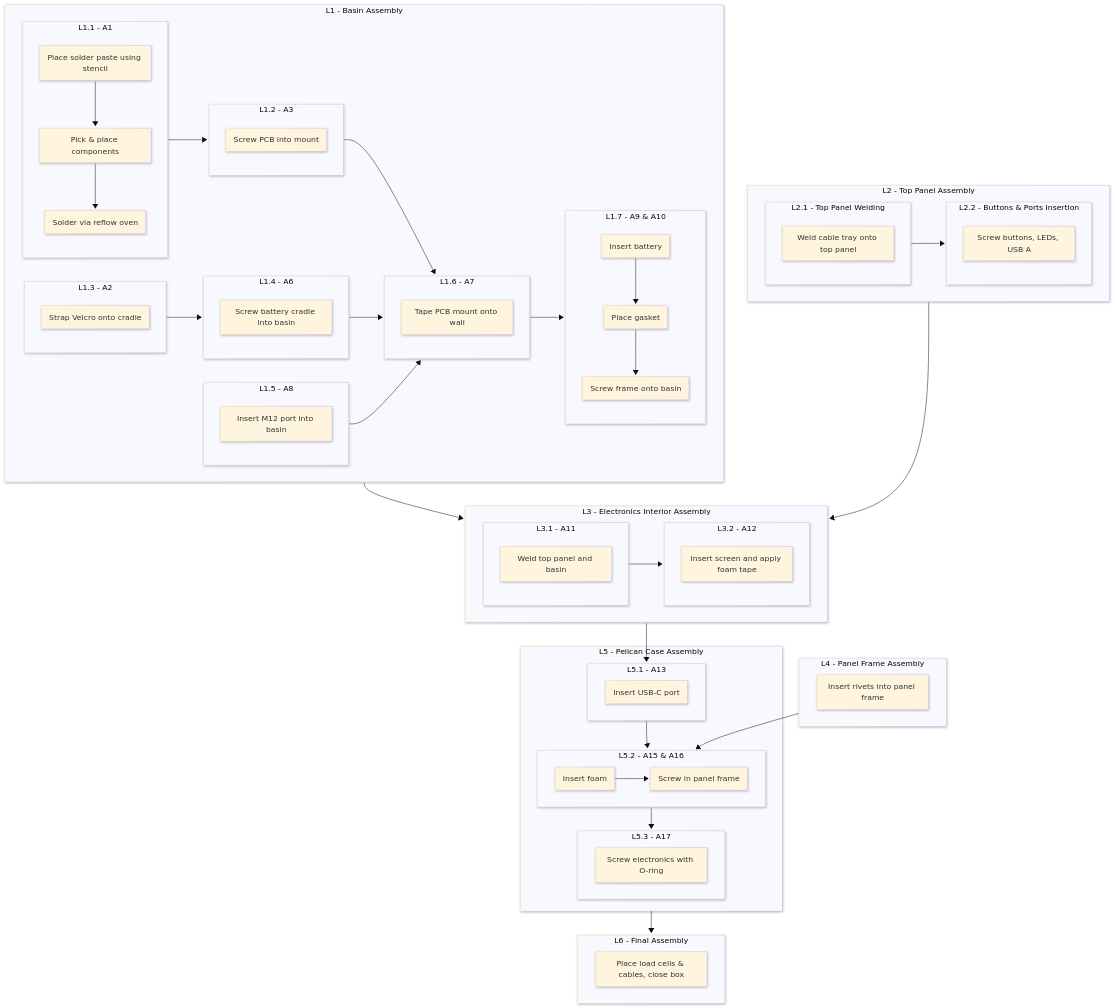
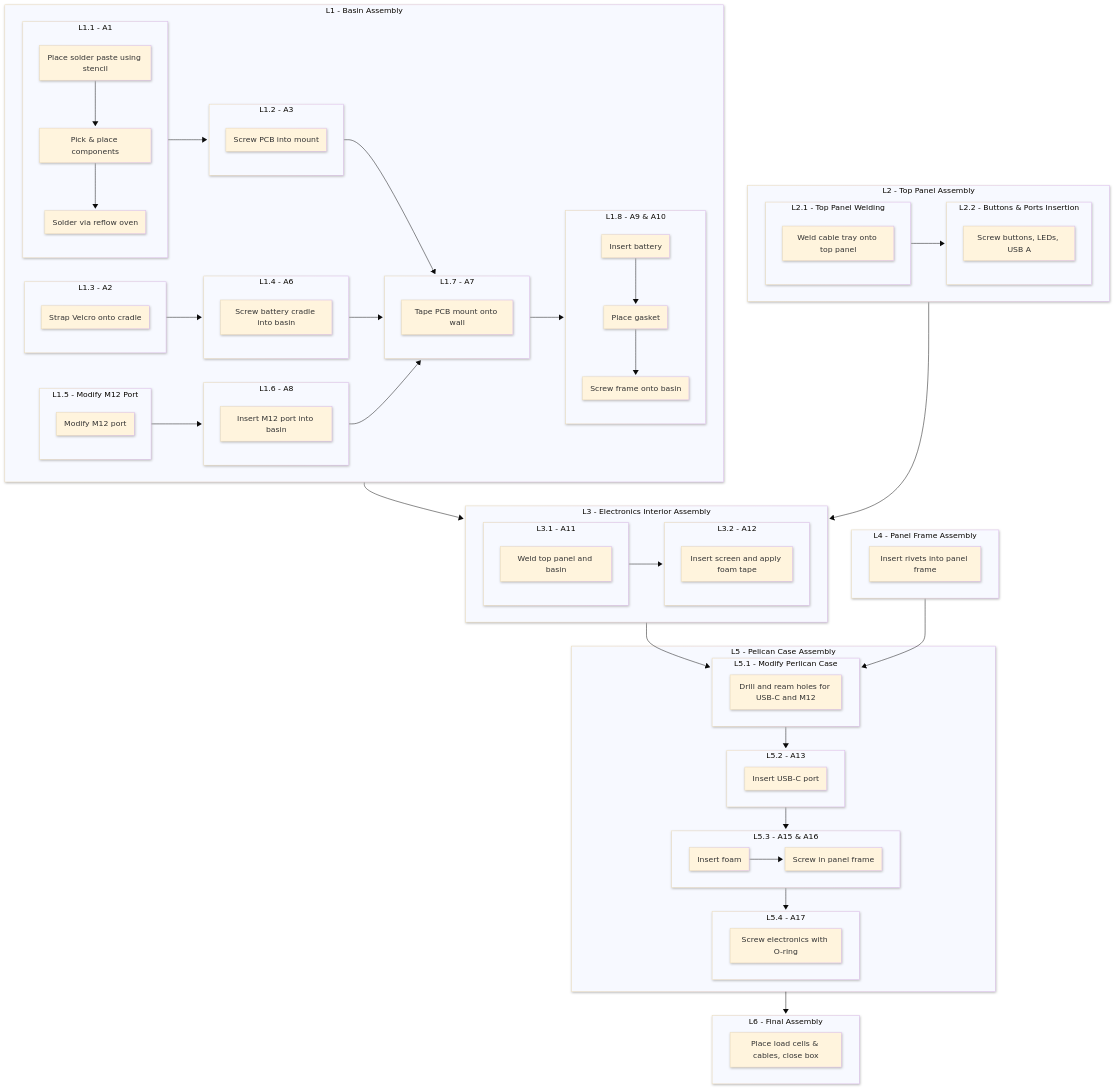
The diagram in 3.4 Production Planning/AssemblyFlow.mmd (jcchincheong-bb/Verificationator_GP-WS25-26), drawn with Mermaid before and after one commit. The commit also changed 2 other files, not shown here.

Commit message:
Flow chart updated

```diff
--- a/3.4 Production Planning/AssemblyFlow.mmd
+++ b/3.4 Production Planning/AssemblyFlow.mmd
@@ -1,102 +1,115 @@
 ---
 config:
   layout: fixed
   theme: base
   look: neo
 ---
 flowchart TB
  subgraph L11["L1.1 - A1"]
         L11_1["Place solder paste using stencil"]
         L11_2["Pick & place components"]
         L11_3["Solder via reflow oven"]
   end
  subgraph L12["L1.2 - A3"]
         L12_1["Screw PCB into mount"]
   end
  subgraph L13["L1.3 - A2"]
         L13_1["Strap Velcro onto cradle"]
   end
  subgraph L14["L1.4 - A6"]
         L14_1["Screw battery cradle into basin"]
   end
- subgraph L15["L1.5 - A8"]
-        L15_1["Insert M12 port into basin"]
+ subgraph L15["L1.5 - Modify M12 Port"]
+        L15_1["Modify M12 port"]
   end
- subgraph L16["L1.6 - A7"]
-        L16_1["Tape PCB mount onto wall"]
+ subgraph L16["L1.6 - A8"]
+        L16_2["Insert M12 port into basin"]
   end
- subgraph L17["L1.7 - A9 & A10"]
-        L17_1["Insert battery"]
-        L17_2["Place gasket"]
-        L17_3["Screw frame onto basin"]
+ subgraph L17["L1.7 - A7"]
+        L17_1["Tape PCB mount onto wall"]
+  end
+ subgraph L18["L1.8 - A9 & A10"]
+        L18_1["Insert battery"]
+        L18_2["Place gasket"]
+        L18_3["Screw frame onto basin"]
   end
  subgraph L1["L1 - Basin Assembly"]
         L11
         L12
         L13
         L14
         L15
         L16
         L17
+        L18
   end
  subgraph L21["L2.1 - Top Panel Welding"]
         L21_1["Weld cable tray onto top panel"]
   end
  subgraph L22["L2.2 - Buttons & Ports Insertion"]
         L22_1["Screw buttons, LEDs, USB A"]
   end
  subgraph L2["L2 - Top Panel Assembly"]
         L21
         L22
   end
  subgraph L31["L3.1 - A11"]
         L31_1["Weld top panel and basin"]
   end
  subgraph L32["L3.2 - A12"]
         L32_1["Insert screen and apply foam tape"]
   end
  subgraph L3["L3 - Electronics Interior Assembly"]
         L31
         L32
   end
  subgraph L4["L4 - Panel Frame Assembly"]
         L4_1["Insert rivets into panel frame"]
   end
- subgraph L51["L5.1 - A13"]
-        L51_1["Insert USB-C port"]
+ subgraph L51["L5.1 - Modify Perlican Case"]
+        L51_1["Drill and ream holes for USB-C and M12"]
   end
- subgraph L52["L5.2 - A15 & A16"]
-        L52_1["Insert foam"]
-        L52_2["Screw in panel frame"]
+ subgraph L52["L5.2 - A13"]
+        L52_1["Insert USB-C port"]
   end
- subgraph L53["L5.3 - A17"]
-        L53_1["Screw electronics with O-ring"]
+ subgraph L53["L5.3 - A15 & A16"]
+        L53_1["Insert foam"]
+        L53_2["Screw in panel frame"]
+  end
+ subgraph L54["L5.4 - A17"]
+        L54_1["Screw electronics with O-ring"]
   end
  subgraph L5["L5 - Pelican Case Assembly"]
         L51
         L52
         L53
+        L54
   end
  subgraph L6["L6 - Final Assembly"]
         L6_1["Place load cells & cables, close box"]
   end
     L11_1 --> L11_2
     L11_2 --> L11_3
-    L17_1 --> L17_2
-    L17_2 --> L17_3
+    L18_1 --> L18_2
+    L18_2 --> L18_3
+    L53_1 --> L53_2
     L11 --> L12
-    L12 --> L16
+    L12 --> L17
     L13 --> L14
-    L14 --> L16
+    L14 --> L17
     L15 --> L16
     L16 --> L17
+    L17 --> L18
     L21 --> L22
+    L1 --> L3
+    L2 --> L3
     L31 --> L32
-    L52_1 --> L52_2
+    L3 --> L51
     L51 --> L52
     L52 --> L53
-    L1 --> L3
-    L2 --> L3
-    L4 --> L52
-    L5 --> L6
-    L3 --> L51
+    L53 --> L54
+    L5 L_L5_L6_0@--> L6
+    L4 --> L51
+
+
+    L_L5_L6_0@{ curve: linear }
```
